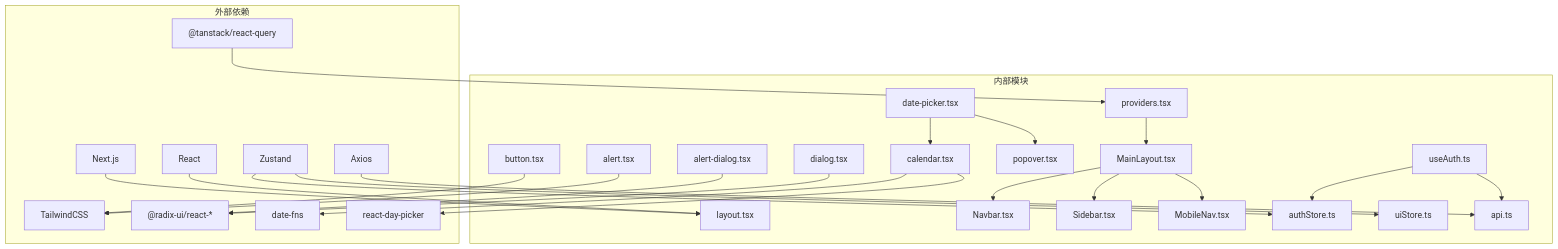
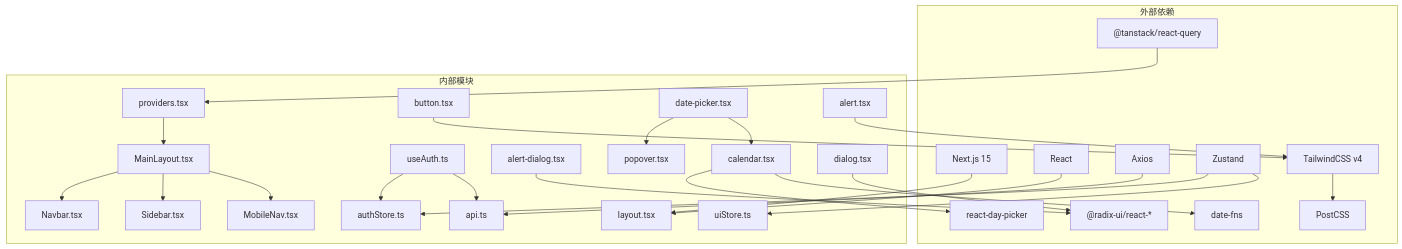
Before and after one commit to gujialind/InvestRing: the eighth of 8 diagrams in .qoder/repowiki/zh/content/系统架构/前端架构.md, drawn with Mermaid. The commit also changed other lines of this file and 39 other files, not shown here.

````diff
--- a/.qoder/repowiki/zh/content/系统架构/前端架构.md
+++ b/.qoder/repowiki/zh/content/系统架构/前端架构.md
@@ -465,53 +472,55 @@
 ```mermaid
 graph TB
 subgraph "外部依赖"
-NX["Next.js"]
+NX["Next.js 15"]
 RX["React"]
 AX["Axios"]
 RQ["@tanstack/react-query"]
 ZS["Zustand"]
-TW["TailwindCSS"]
+TW["TailwindCSS v4"]
+PO["PostCSS"]
 RA["@radix-ui/react-*"]
 DF["date-fns"]
 RDP["react-day-picker"]
 end
 subgraph "内部模块"
 LYT["layout.tsx"]
 PRV["providers.tsx"]
 ML["MainLayout.tsx"]
 NAV["Navbar.tsx"]
 SID["Sidebar.tsx"]
 MOB["MobileNav.tsx"]
 AST["authStore.ts"]
 UIST["uiStore.ts"]
 API["api.ts"]
 HKA["useAuth.ts"]
 BTN["button.tsx"]
 ALRT["alert-dialog.tsx"]
 DP["date-picker.tsx"]
 CAL["calendar.tsx"]
 POP["popover.tsx"]
 DLG["dialog.tsx"]
 ALRT2["alert.tsx"]
 end
 NX --> LYT
 RX --> LYT
 AX --> API
 RQ --> PRV
 ZS --> AST
 ZS --> UIST
 PRV --> ML
 ML --> NAV
 ML --> SID
 ML --> MOB
 HKA --> AST
 HKA --> API
 BTN --> TW
 ALRT --> RA
 DP --> POP
 DP --> CAL
 CAL --> RDP
 CAL --> DF
 DLG --> RA
 ALRT2 --> TW
+TW --> PO
 ```
````
